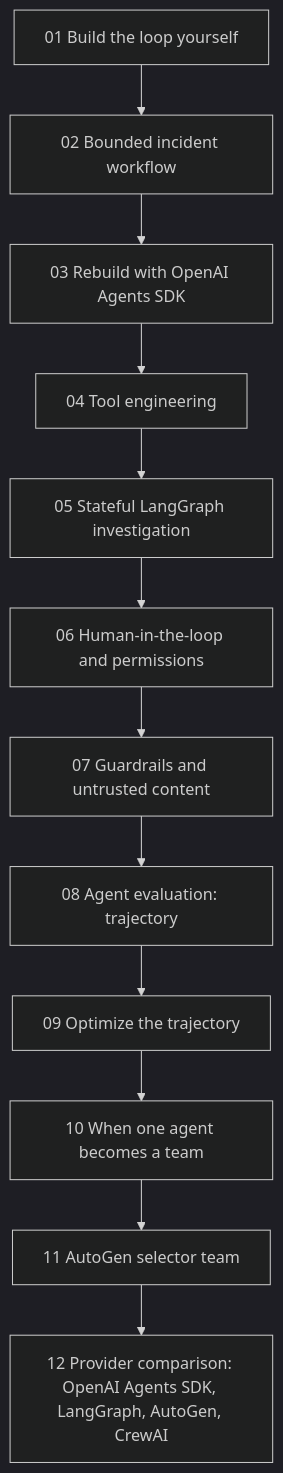
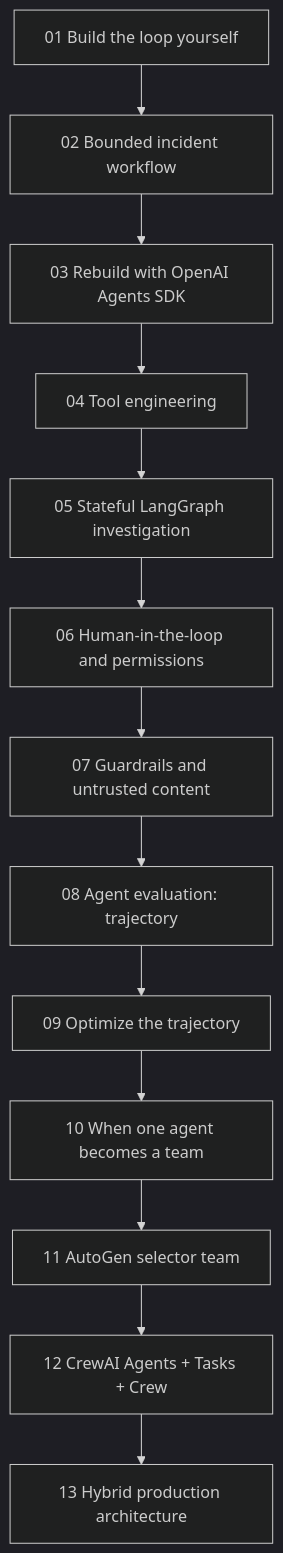
One commit to mahsa-teimourikia/awesome-ai-agents changed the diagram in docs/agentops-lab.md. Above: the diagram before and after it, drawn with Mermaid (dark theme). The commit also changed other lines of this file and 9 other files, not shown here.

Commit message:
Add AgentOps CrewAI and hybrid architecture notebooks

````diff
--- a/docs/agentops-lab.md
+++ b/docs/agentops-lab.md
@@ -40,14 +42,15 @@
 ```mermaid
 flowchart TD
     N1["01 Build the loop yourself"] --> N2["02 Bounded incident workflow"]
     N2 --> N3["03 Rebuild with OpenAI Agents SDK"]
     N3 --> N4["04 Tool engineering"]
     N4 --> N5["05 Stateful LangGraph investigation"]
     N5 --> N6["06 Human-in-the-loop and permissions"]
     N6 --> N7["07 Guardrails and untrusted content"]
     N7 --> N8["08 Agent evaluation: trajectory"]
     N8 --> N9["09 Optimize the trajectory"]
     N9 --> N10["10 When one agent becomes a team"]
     N10 --> N11["11 AutoGen selector team"]
-    N11 --> N12["12 Provider comparison: OpenAI Agents SDK, LangGraph, AutoGen, CrewAI"]
+    N11 --> N12["12 CrewAI Agents + Tasks + Crew"]
+    N12 --> N13["13 Hybrid production architecture"]
 ```
````
